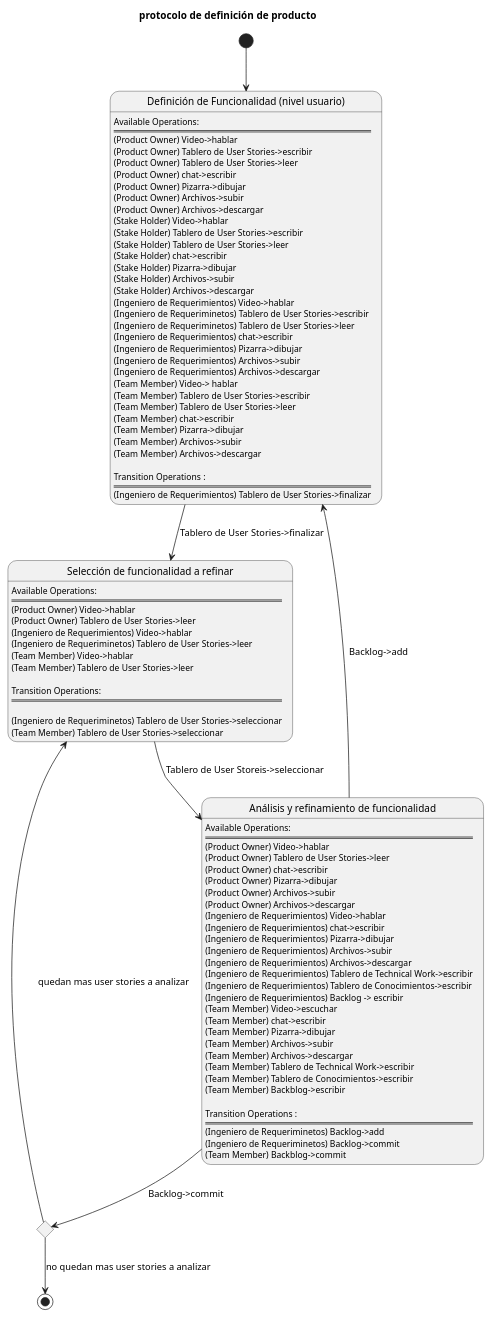
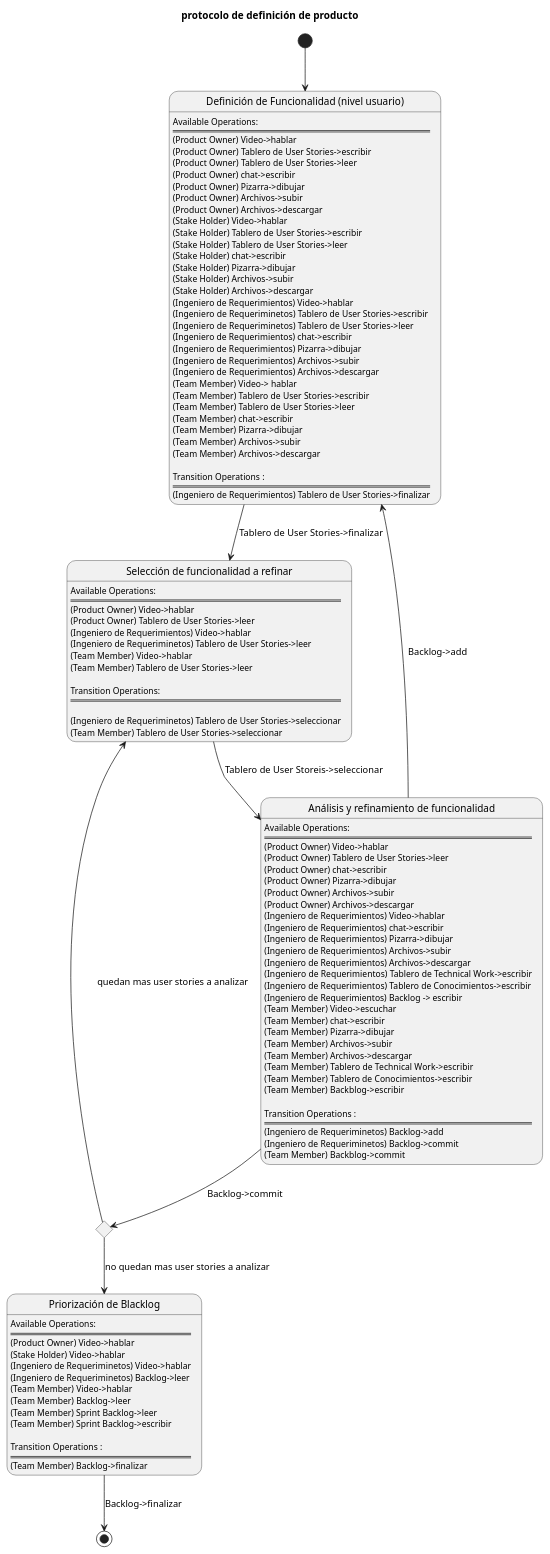
Before and after one commit to pablodanielrey/colaborativos: the second of 2 diagrams in entrega1/actividades/product/product_definition.plantuml, drawn with PlantUML. The commit also changed other lines of this file and 1 other file, not shown here.

```diff
--- a/entrega1/actividades/product/product_definition.plantuml
+++ b/entrega1/actividades/product/product_definition.plantuml
@@ -141,101 +144,119 @@
 @startuml
 title protocolo de definición de producto
 
 state "Definición de Funcionalidad (nivel usuario)" as a1
 a1: Available Operations:
 a1: ==================================================
 a1: (Product Owner) Video->hablar
 a1: (Product Owner) Tablero de User Stories->escribir
 a1: (Product Owner) Tablero de User Stories->leer
 a1: (Product Owner) chat->escribir
 a1: (Product Owner) Pizarra->dibujar
 a1: (Product Owner) Archivos->subir
 a1: (Product Owner) Archivos->descargar
 a1: (Stake Holder) Video->hablar
 a1: (Stake Holder) Tablero de User Stories->escribir
 a1: (Stake Holder) Tablero de User Stories->leer
 a1: (Stake Holder) chat->escribir
 a1: (Stake Holder) Pizarra->dibujar
 a1: (Stake Holder) Archivos->subir
 a1: (Stake Holder) Archivos->descargar
 a1: (Ingeniero de Requerimientos) Video->hablar
 a1: (Ingeniero de Requeriminetos) Tablero de User Stories->escribir
 a1: (Ingeniero de Requeriminetos) Tablero de User Stories->leer
 a1: (Ingeniero de Requerimientos) chat->escribir
 a1: (Ingeniero de Requerimientos) Pizarra->dibujar
 a1: (Ingeniero de Requerimientos) Archivos->subir
 a1: (Ingeniero de Requerimientos) Archivos->descargar
 a1: (Team Member) Video-> hablar
 a1: (Team Member) Tablero de User Stories->escribir
 a1: (Team Member) Tablero de User Stories->leer
 a1: (Team Member) chat->escribir
 a1: (Team Member) Pizarra->dibujar
 a1: (Team Member) Archivos->subir
 a1: (Team Member) Archivos->descargar
 a1:
 a1: Transition Operations :
 a1: ==================================================
 a1: (Ingeniero de Requerimientos) Tablero de User Stories->finalizar
 
 
 state "Selección de funcionalidad a refinar" as a3
 a3: Available Operations:
 a3: ==================================================
 a3: (Product Owner) Video->hablar
 a3: (Product Owner) Tablero de User Stories->leer
 a3: (Ingeniero de Requerimientos) Video->hablar
 a3: (Ingeniero de Requeriminetos) Tablero de User Stories->leer
 a3: (Team Member) Video->hablar
 a3: (Team Member) Tablero de User Stories->leer
 a3:
 a3: Transition Operations:
 a3: ==================================================
 a3:
 a3: (Ingeniero de Requeriminetos) Tablero de User Stories->seleccionar
 a3: (Team Member) Tablero de User Stories->seleccionar
 
 
 state "Análisis y refinamiento de funcionalidad" as a2
 a2: Available Operations:
 a2: ==================================================
 a2: (Product Owner) Video->hablar
 a2: (Product Owner) Tablero de User Stories->leer
 a2: (Product Owner) chat->escribir
 a2: (Product Owner) Pizarra->dibujar
 a2: (Product Owner) Archivos->subir
 a2: (Product Owner) Archivos->descargar
 a2: (Ingeniero de Requerimientos) Video->hablar
 a2: (Ingeniero de Requerimientos) chat->escribir
 a2: (Ingeniero de Requerimientos) Pizarra->dibujar
 a2: (Ingeniero de Requerimientos) Archivos->subir
 a2: (Ingeniero de Requerimientos) Archivos->descargar
 a2: (Ingeniero de Requerimientos) Tablero de Technical Work->escribir
 a2: (Ingeniero de Requerimientos) Tablero de Conocimientos->escribir
 a2: (Ingeniero de Requerimientos) Backlog -> escribir
 a2: (Team Member) Video->escuchar
 a2: (Team Member) chat->escribir
 a2: (Team Member) Pizarra->dibujar
 a2: (Team Member) Archivos->subir
 a2: (Team Member) Archivos->descargar
 a2: (Team Member) Tablero de Technical Work->escribir
 a2: (Team Member) Tablero de Conocimientos->escribir
 a2: (Team Member) Backblog->escribir
 a2:
 a2: Transition Operations :
 a2: ==================================================
 a2: (Ingeniero de Requeriminetos) Backlog->add
 a2: (Ingeniero de Requeriminetos) Backlog->commit
 a2: (Team Member) Backblog->commit
 
 
+state "Priorización de Blacklog" as a4
+a4: Available Operations:
+a4: ==================================================
+a4: (Product Owner) Video->hablar
+a4: (Stake Holder) Video->hablar
+a4: (Ingeniero de Requeriminetos) Video->hablar
+a4: (Ingeniero de Requeriminetos) Backlog->leer
+a4: (Team Member) Video->hablar
+a4: (Team Member) Backlog->leer
+a4: (Team Member) Sprint Backlog->leer
+a4: (Team Member) Sprint Backlog->escribir
+a4:
+a4: Transition Operations :
+a4: ==================================================
+a4: (Team Member) Backlog->finalizar
+
+
 state c1 <<choice>>
  
 [*] --> a1
 a1 --> a3 : Tablero de User Stories->finalizar
 a3 --> a2 : Tablero de User Storeis->seleccionar
 a2 --> a1 : Backlog->add
 a2 --> c1 : Backlog->commit
 c1 --> a3 : quedan mas user stories a analizar
-c1 --> [*] : no quedan mas user stories a analizar
+c1 --> a4 : no quedan mas user stories a analizar
+a4 --> [*] : Backlog->finalizar
 
 @enduml
```
